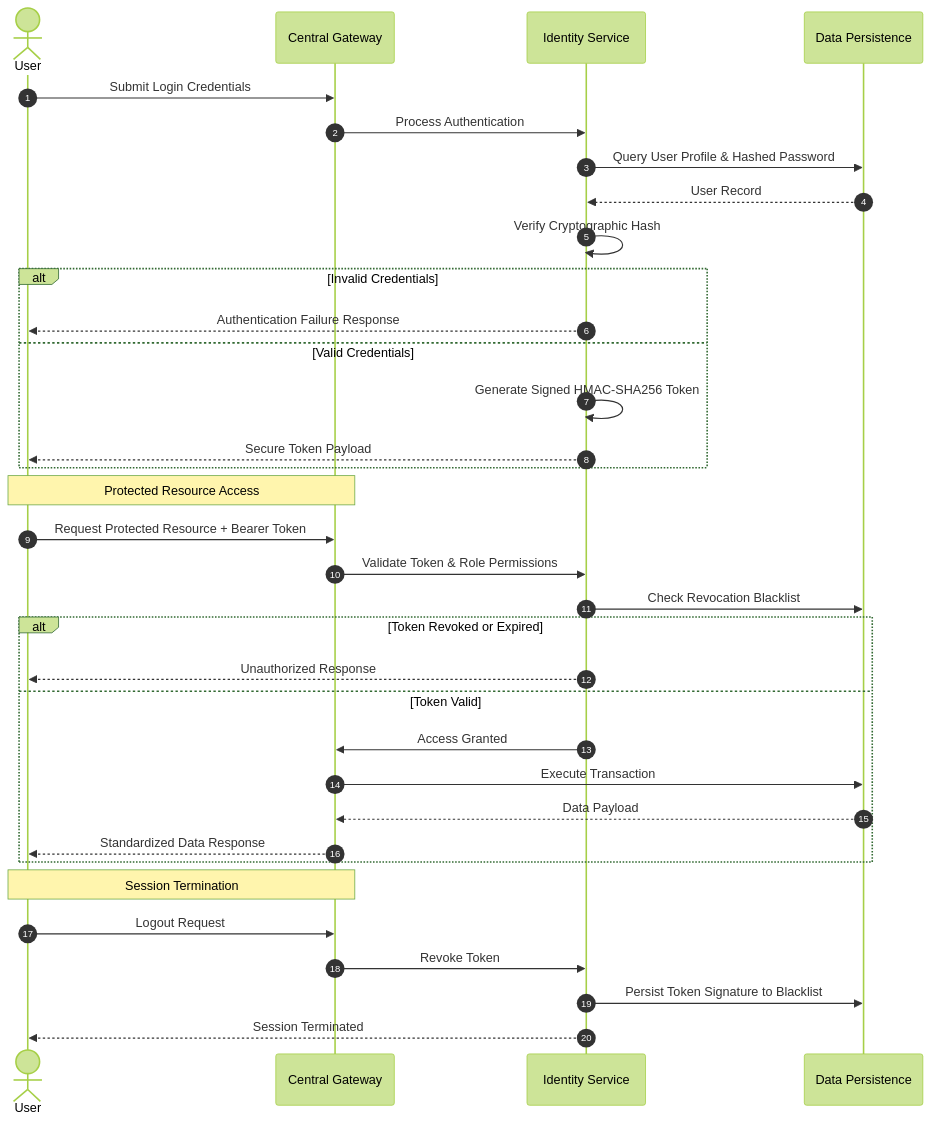
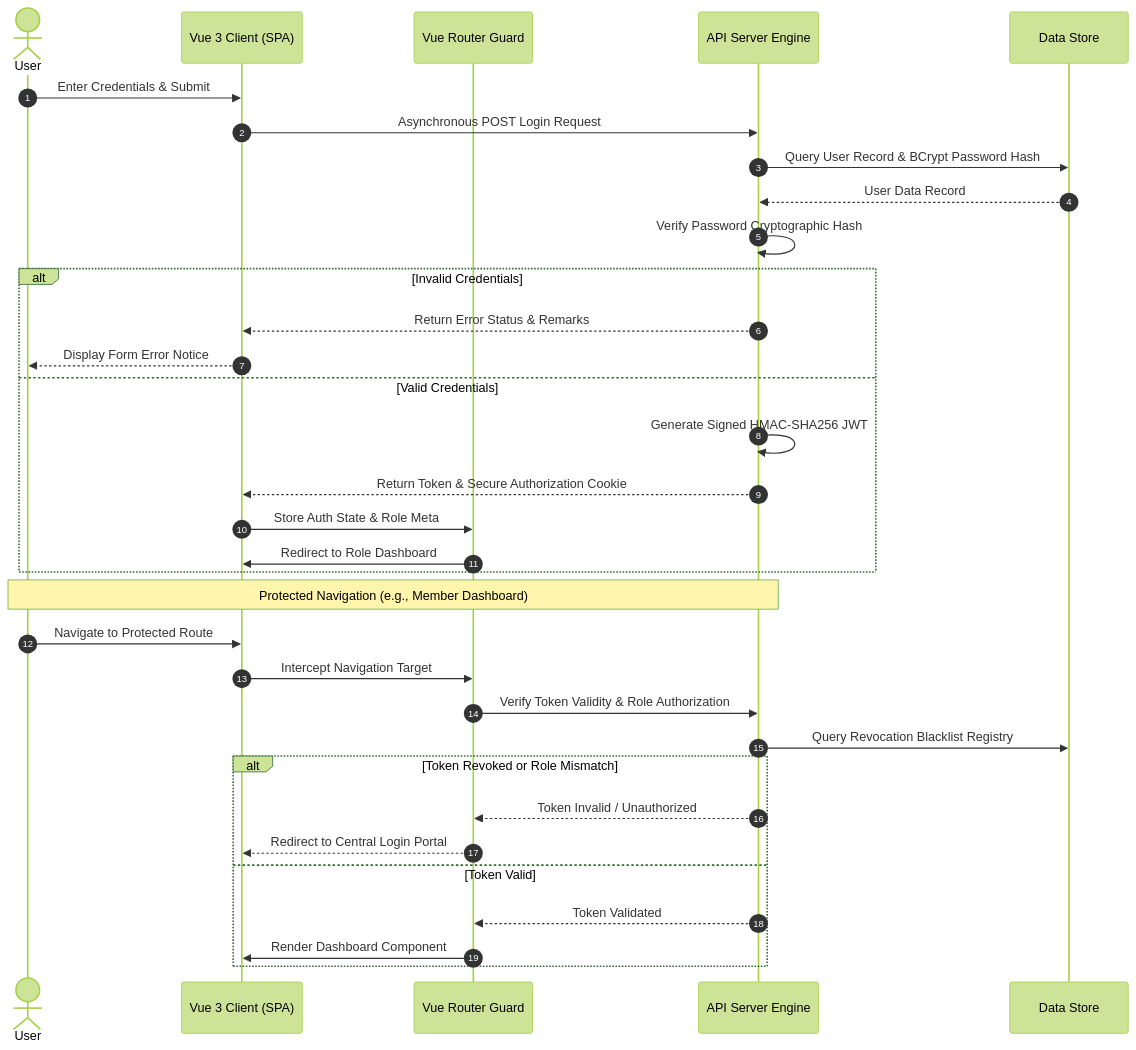
Before and after one commit to SioPauwiii/Olympus-Gym-Management-System: the second of 3 diagrams in README.md, drawn with Mermaid (forest theme). The commit also changed other lines of this file, not shown here.

````diff
--- a/README.md
+++ b/README.md
@@ -77,39 +86,37 @@
 ```mermaid
 sequenceDiagram
     autonumber
     actor User
-    participant Gateway as Central Gateway
-    participant Auth as Identity Service
-    participant DB as Data Persistence
+    participant VueClient as Vue 3 Client (SPA)
+    participant RouterGuard as Vue Router Guard
+    participant API as API Server Engine
+    participant DB as Data Store
     
-    User->>Gateway: Submit Login Credentials
-    Gateway->>Auth: Process Authentication
-    Auth->>DB: Query User Profile & Hashed Password
-    DB-->>Auth: User Record
-    Auth->>Auth: Verify Cryptographic Hash
+    User->>VueClient: Enter Credentials & Submit
+    VueClient->>API: Asynchronous POST Login Request
+    API->>DB: Query User Record & BCrypt Password Hash
+    DB-->>API: User Data Record
+    API->>API: Verify Password Cryptographic Hash
     alt Invalid Credentials
-        Auth-->>User: Authentication Failure Response
+        API-->>VueClient: Return Error Status & Remarks
+        VueClient-->>User: Display Form Error Notice
     else Valid Credentials
-        Auth->>Auth: Generate Signed HMAC-SHA256 Token
-        Auth-->>User: Secure Token Payload
+        API->>API: Generate Signed HMAC-SHA256 JWT
+        API-->>VueClient: Return Token & Secure Authorization Cookie
+        VueClient->>RouterGuard: Store Auth State & Role Meta
+        RouterGuard->>VueClient: Redirect to Role Dashboard
     end
 
-    note over User, Gateway: Protected Resource Access
-    User->>Gateway: Request Protected Resource + Bearer Token
-    Gateway->>Auth: Validate Token & Role Permissions
-    Auth->>DB: Check Revocation Blacklist
-    alt Token Revoked or Expired
-        Auth-->>User: Unauthorized Response
+    note over User, API: Protected Navigation (e.g., Member Dashboard)
+    User->>VueClient: Navigate to Protected Route
+    VueClient->>RouterGuard: Intercept Navigation Target
+    RouterGuard->>API: Verify Token Validity & Role Authorization
+    API->>DB: Query Revocation Blacklist Registry
+    alt Token Revoked or Role Mismatch
+        API-->>RouterGuard: Token Invalid / Unauthorized
+        RouterGuard-->>VueClient: Redirect to Central Login Portal
     else Token Valid
-        Auth->>Gateway: Access Granted
-        Gateway->>DB: Execute Transaction
-        DB-->>Gateway: Data Payload
-        Gateway-->>User: Standardized Data Response
+        API-->>RouterGuard: Token Validated
+        RouterGuard->>VueClient: Render Dashboard Component
     end
-
-    note over User, Gateway: Session Termination
-    User->>Gateway: Logout Request
-    Gateway->>Auth: Revoke Token
-    Auth->>DB: Persist Token Signature to Blacklist
-    Auth-->>User: Session Terminated
 ```
````
